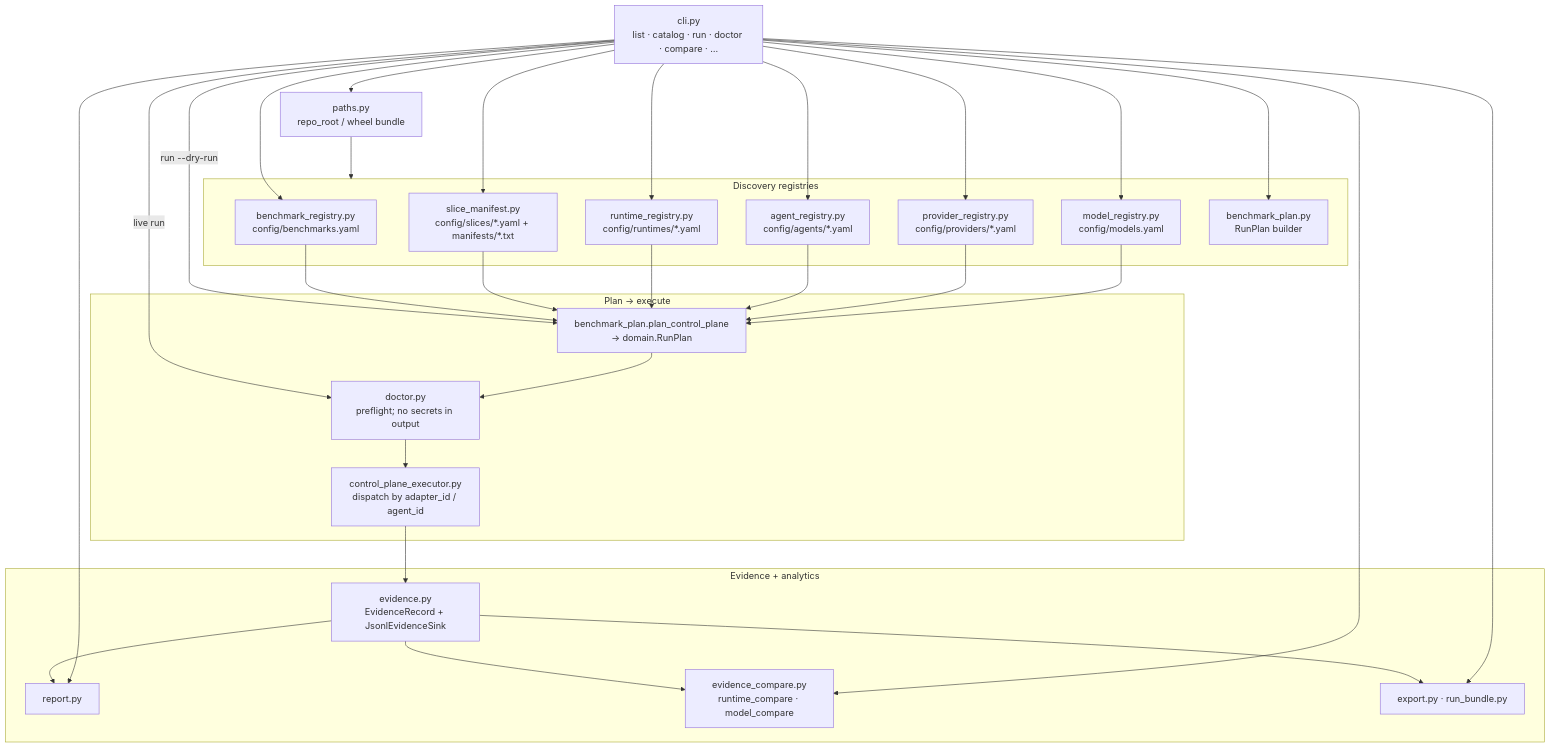
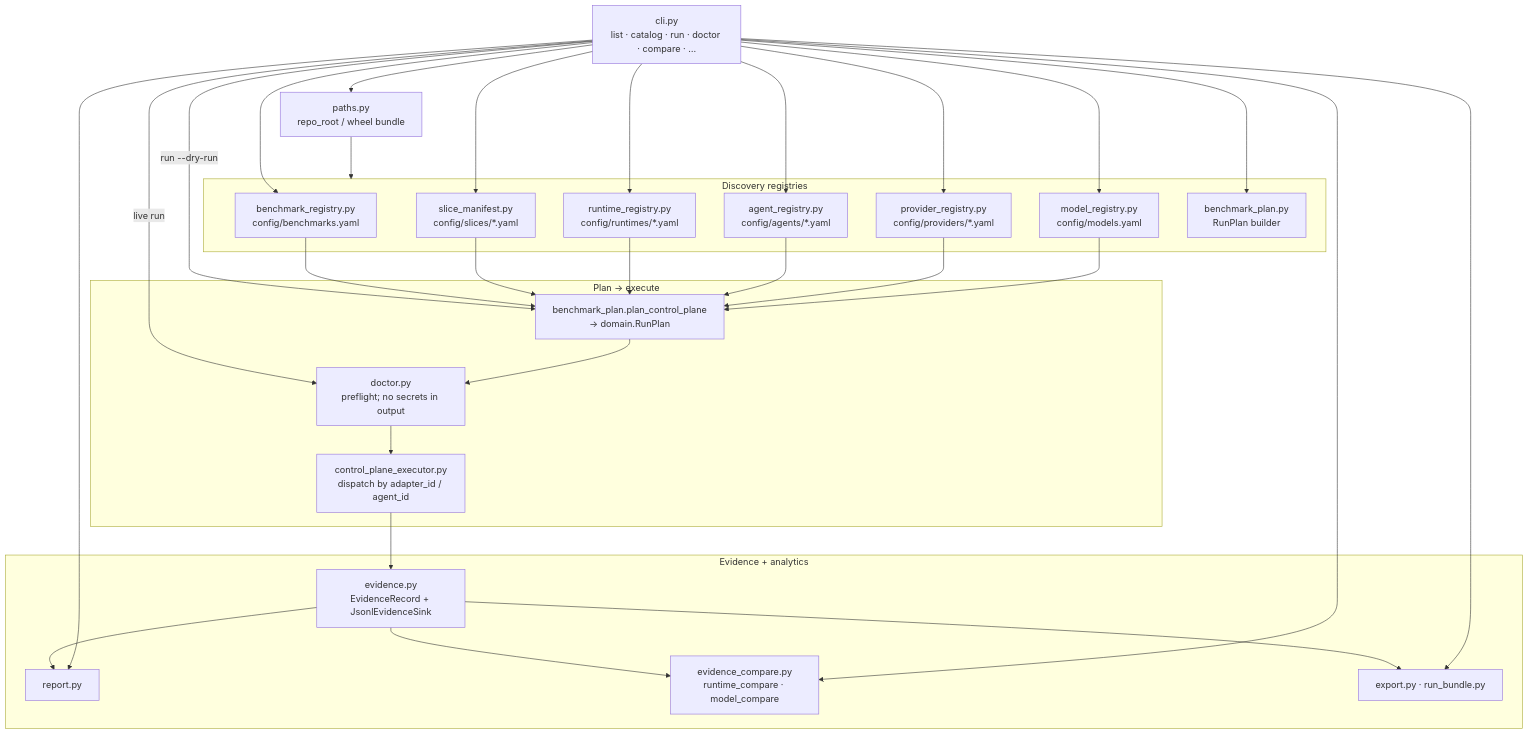
The diagram in docs/diagrams/control-plane-components.md (Lyther/BenchEval), drawn with Mermaid before and after one commit. The commit also changed 86 other files, not shown here.

````diff
--- a/docs/diagrams/control-plane-components.md
+++ b/docs/diagrams/control-plane-components.md
@@ -5,41 +5,41 @@
 ```mermaid
 flowchart TB
     CLI["cli.py<br/>list · catalog · run · doctor · compare · …"]
 
     subgraph Discovery["Discovery registries"]
         BR["benchmark_registry.py<br/>config/benchmarks.yaml"]
-        SM["slice_manifest.py<br/>config/slices/*.yaml + manifests/*.txt"]
+        SM["slice_manifest.py<br/>config/slices/*.yaml"]
         RR["runtime_registry.py<br/>config/runtimes/*.yaml"]
         AR["agent_registry.py<br/>config/agents/*.yaml"]
         PR["provider_registry.py<br/>config/providers/*.yaml"]
         MR["model_registry.py<br/>config/models.yaml"]
         BP["benchmark_plan.py<br/>RunPlan builder"]
     end
 
     subgraph PlanExec["Plan → execute"]
         Plan["benchmark_plan.plan_control_plane<br/>→ domain.RunPlan"]
         Doc["doctor.py<br/>preflight; no secrets in output"]
         CPE["control_plane_executor.py<br/>dispatch by adapter_id / agent_id"]
     end
 
     subgraph EvidenceOut["Evidence + analytics"]
         Ev["evidence.py<br/>EvidenceRecord + JsonlEvidenceSink"]
         Rep["report.py"]
         Cmp["evidence_compare.py<br/>runtime_compare · model_compare"]
         Exp["export.py · run_bundle.py"]
     end
 
     Paths["paths.py<br/>repo_root / wheel bundle"]
 
     CLI --> Paths
     Paths --> Discovery
     CLI --> BR & SM & RR & AR & PR & MR & BP
     CLI -->|run --dry-run| Plan
     BR & SM & RR & AR & PR & MR --> Plan
     CLI -->|live run| Doc
     Plan --> Doc
     Doc --> CPE
     CPE --> Ev
     Ev --> Rep & Cmp & Exp
     CLI --> Rep & Cmp & Exp
 ```
````
